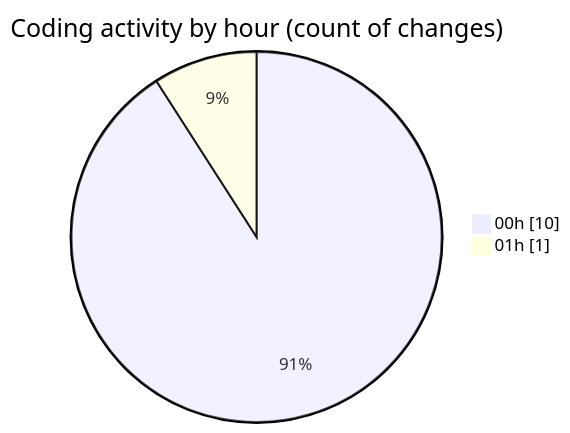
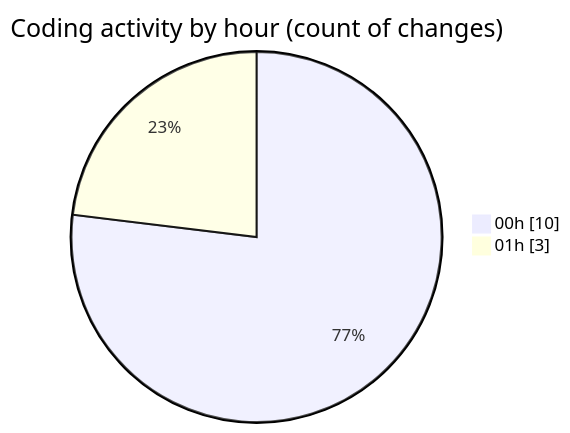
One commit to nxtqubesakshisongat/code-tracking changed the second of 2 diagrams in 2025-09-07/cashcalculator/README.md. Above: the diagram before and after it, drawn with Mermaid. The commit also changed other lines of this file and 1 other file, not shown here.

````diff
--- a/2025-09-07/cashcalculator/README.md
+++ b/2025-09-07/cashcalculator/README.md
@@ -30,6 +32,6 @@
 ```mermaid
 pie showData
 title Coding activity by hour (count of changes)
 "00h" : 10
-"01h" : 1
+"01h" : 3
 ```
````
